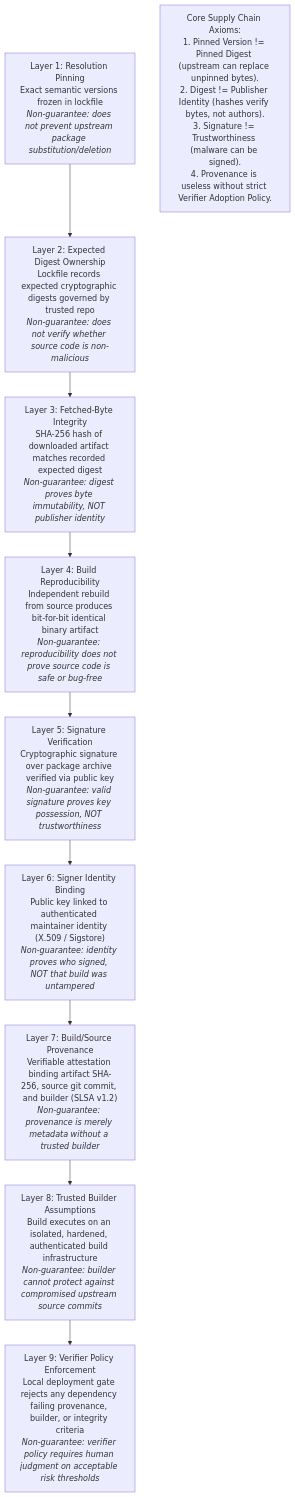
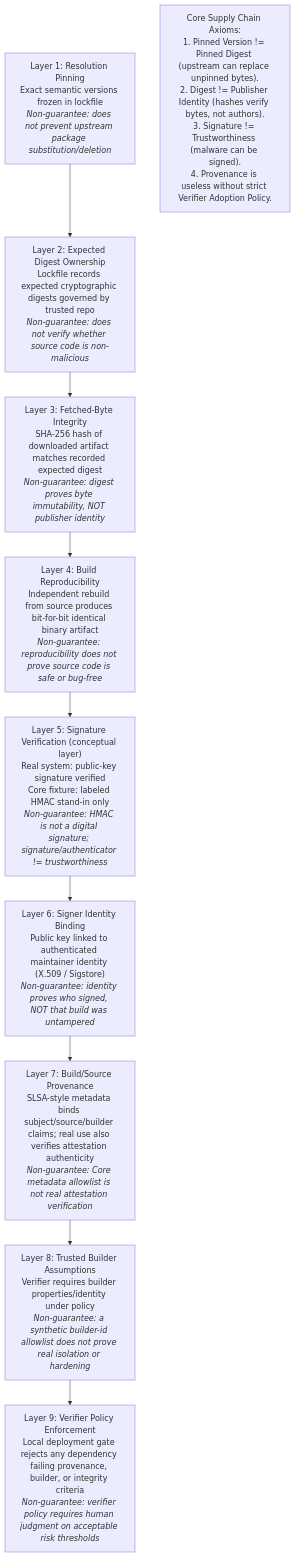
The diagram in book/22-security-synthesis-auth-composition/visuals/FIG-M22-05-software-supply-chain-9-layers.mmd (CN-JJB/essential-cs), drawn with Mermaid before and after one commit. The commit also changed 3 other files, not shown here.

```diff
--- a/book/22-security-synthesis-auth-composition/visuals/FIG-M22-05-software-supply-chain-9-layers.mmd
+++ b/book/22-security-synthesis-auth-composition/visuals/FIG-M22-05-software-supply-chain-9-layers.mmd
@@ -1,16 +1,16 @@
 %% FIG-M22-05 — The 9-Layer Software Supply Chain Integrity Model
 %% Original, course-owned, editable Mermaid source for Essential CS.
 flowchart TB
     L1["Layer 1: Resolution Pinning<br/>Exact semantic versions frozen in lockfile<br/><i>Non-guarantee: does not prevent upstream package substitution/deletion</i>"]
     L2["Layer 2: Expected Digest Ownership<br/>Lockfile records expected cryptographic digests governed by trusted repo<br/><i>Non-guarantee: does not verify whether source code is non-malicious</i>"]
     L3["Layer 3: Fetched-Byte Integrity<br/>SHA-256 hash of downloaded artifact matches recorded expected digest<br/><i>Non-guarantee: digest proves byte immutability, NOT publisher identity</i>"]
     L4["Layer 4: Build Reproducibility<br/>Independent rebuild from source produces bit-for-bit identical binary artifact<br/><i>Non-guarantee: reproducibility does not prove source code is safe or bug-free</i>"]
-    L5["Layer 5: Signature Verification<br/>Cryptographic signature over package archive verified via public key<br/><i>Non-guarantee: valid signature proves key possession, NOT trustworthiness</i>"]
+    L5["Layer 5: Signature Verification (conceptual layer)<br/>Real system: public-key signature verified<br/>Core fixture: labeled HMAC stand-in only<br/><i>Non-guarantee: HMAC is not a digital signature; signature/authenticator != trustworthiness</i>"]
     L6["Layer 6: Signer Identity Binding<br/>Public key linked to authenticated maintainer identity (X.509 / Sigstore)<br/><i>Non-guarantee: identity proves who signed, NOT that build was untampered</i>"]
-    L7["Layer 7: Build/Source Provenance<br/>Verifiable attestation binding artifact SHA-256, source git commit, and builder (SLSA v1.2)<br/><i>Non-guarantee: provenance is merely metadata without a trusted builder</i>"]
-    L8["Layer 8: Trusted Builder Assumptions<br/>Build executes on an isolated, hardened, authenticated build infrastructure<br/><i>Non-guarantee: builder cannot protect against compromised upstream source commits</i>"]
+    L7["Layer 7: Build/Source Provenance<br/>SLSA-style metadata binds subject/source/builder claims; real use also verifies attestation authenticity<br/><i>Non-guarantee: Core metadata allowlist is not real attestation verification</i>"]
+    L8["Layer 8: Trusted Builder Assumptions<br/>Verifier requires builder properties/identity under policy<br/><i>Non-guarantee: a synthetic builder-id allowlist does not prove real isolation or hardening</i>"]
     L9["Layer 9: Verifier Policy Enforcement<br/>Local deployment gate rejects any dependency failing provenance, builder, or integrity criteria<br/><i>Non-guarantee: verifier policy requires human judgment on acceptable risk thresholds</i>"]
 
     L1 --> L2 --> L3 --> L4 --> L5 --> L6 --> L7 --> L8 --> L9
 
     WARN["Core Supply Chain Axioms:<br/>1. Pinned Version != Pinned Digest (upstream can replace unpinned bytes).<br/>2. Digest != Publisher Identity (hashes verify bytes, not authors).<br/>3. Signature != Trustworthiness (malware can be signed).<br/>4. Provenance is useless without strict Verifier Adoption Policy."]
```
